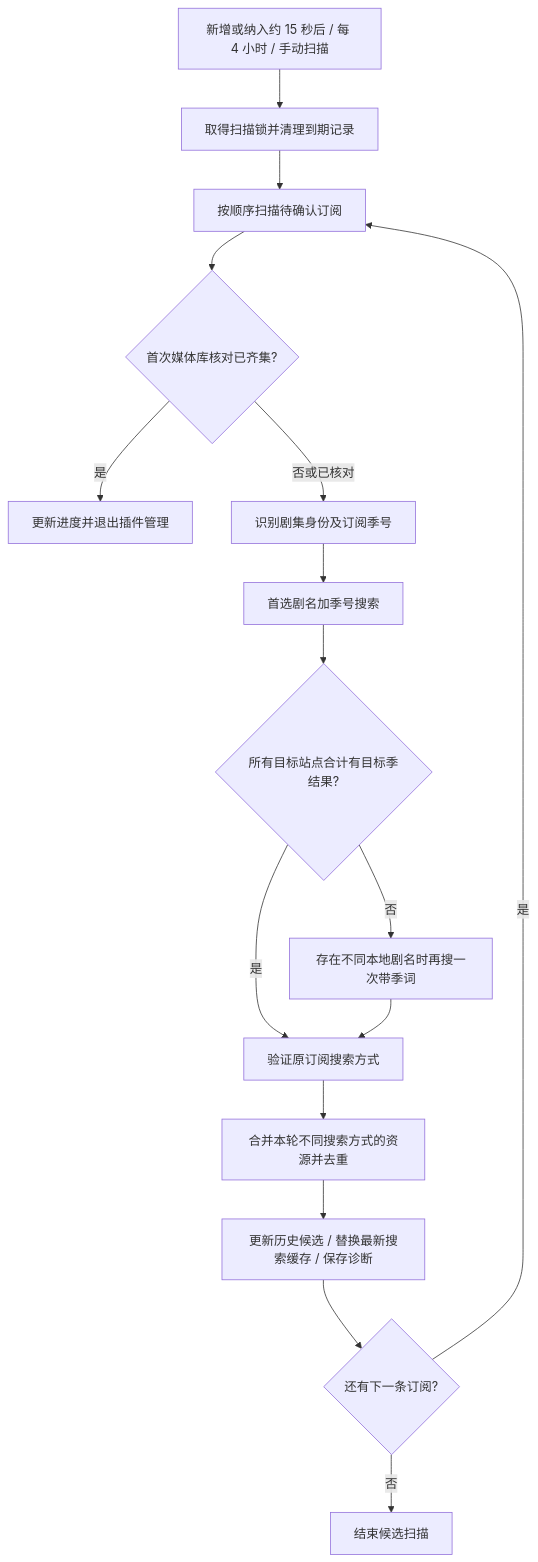
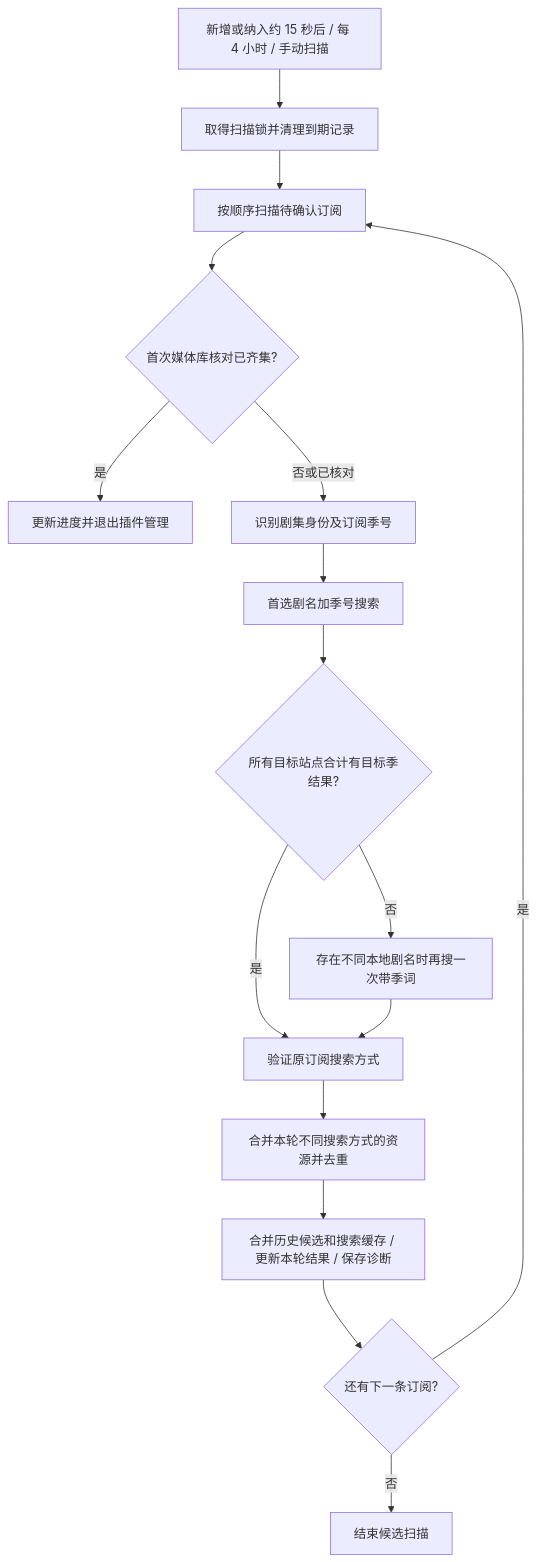
Before and after one commit to yelantf/MoviePilot-Plugins: the diagram in docs/subscribeoverwatcher.md, drawn with Mermaid. The commit also changed other lines of this file and 16 other files, not shown here.

````diff
--- a/docs/subscribeoverwatcher.md
+++ b/docs/subscribeoverwatcher.md
@@ -30,18 +30,18 @@
 ```mermaid
 flowchart TD
     A[新增或纳入约 15 秒后 / 每 4 小时 / 手动扫描] --> B[取得扫描锁并清理到期记录]
     B --> C[按顺序扫描待确认订阅]
     C --> M{首次媒体库核对已齐集?}
     M -- 是 --> N[更新进度并退出插件管理]
     M -- 否或已核对 --> D[识别剧集身份及订阅季号]
     D --> E[首选剧名加季号搜索]
     E --> F{所有目标站点合计有目标季结果?}
     F -- 否 --> G[存在不同本地剧名时再搜一次带季词]
     F -- 是 --> H[验证原订阅搜索方式]
     G --> H
     H --> I[合并本轮不同搜索方式的资源并去重]
-    I --> J[更新历史候选 / 替换最新搜索缓存 / 保存诊断]
+    I --> J[合并历史候选和搜索缓存 / 更新本轮结果 / 保存诊断]
     J --> K{还有下一条订阅?}
     K -- 是 --> C
     K -- 否 --> L[结束候选扫描]
 ```
````
